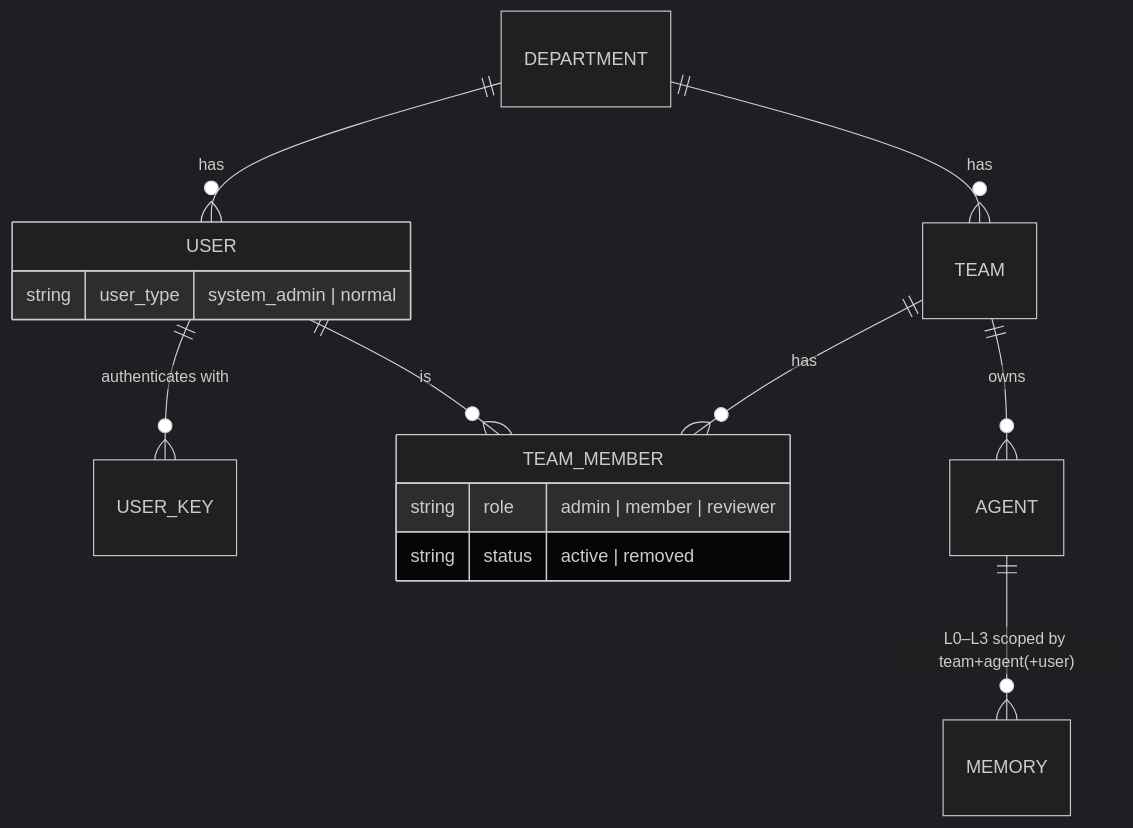
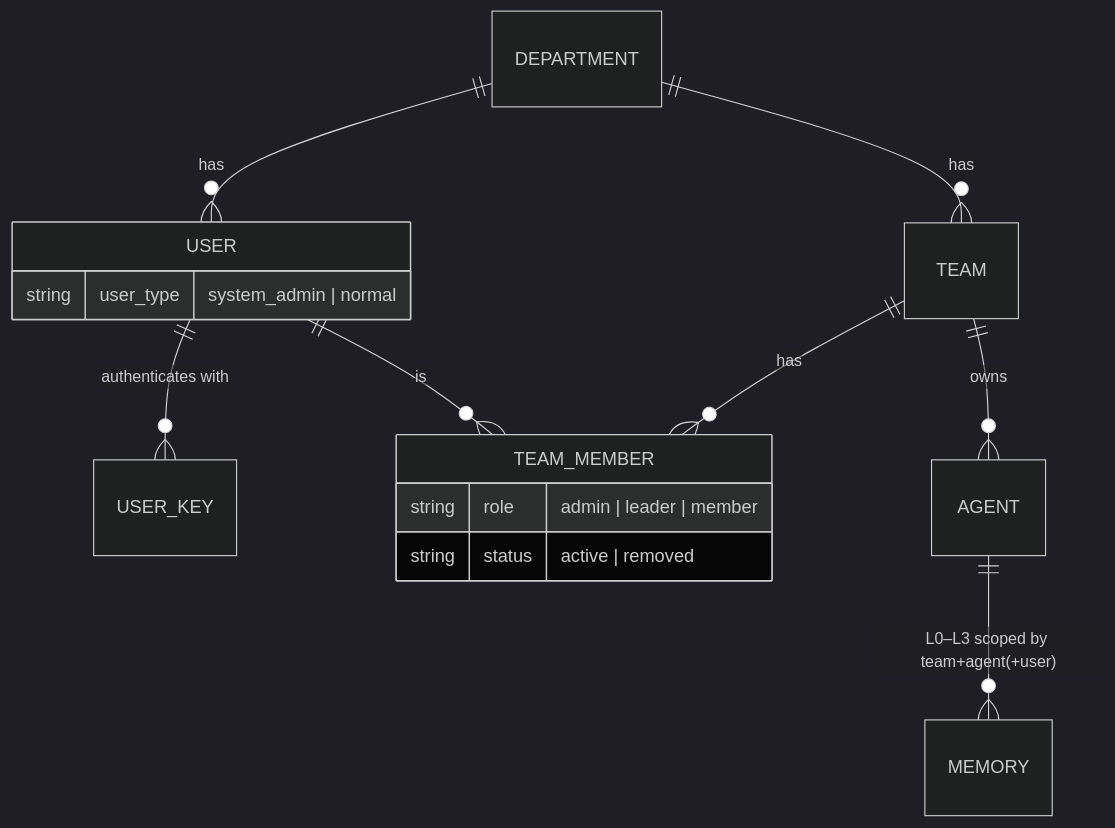
Before and after one commit to blackhorseya/AgentMemory: the third of 12 diagrams in docs/ARCHITECTURE.md, drawn with Mermaid (dark theme). The commit also changed 33 other files, not shown here.

````diff
--- a/docs/ARCHITECTURE.md
+++ b/docs/ARCHITECTURE.md
@@ -95,17 +95,17 @@
 ```mermaid
 erDiagram
   DEPARTMENT ||--o{ USER : has
   DEPARTMENT ||--o{ TEAM : has
   USER ||--o{ USER_KEY : "authenticates with"
   TEAM ||--o{ TEAM_MEMBER : has
   USER ||--o{ TEAM_MEMBER : "is"
   TEAM ||--o{ AGENT : owns
   AGENT ||--o{ MEMORY : "L0–L3 scoped by team+agent(+user)"
   USER {
     string user_type "system_admin | normal"
   }
   TEAM_MEMBER {
-    string role "admin | member | reviewer"
+    string role "admin | leader | member"
     string status "active | removed"
   }
 ```
````
